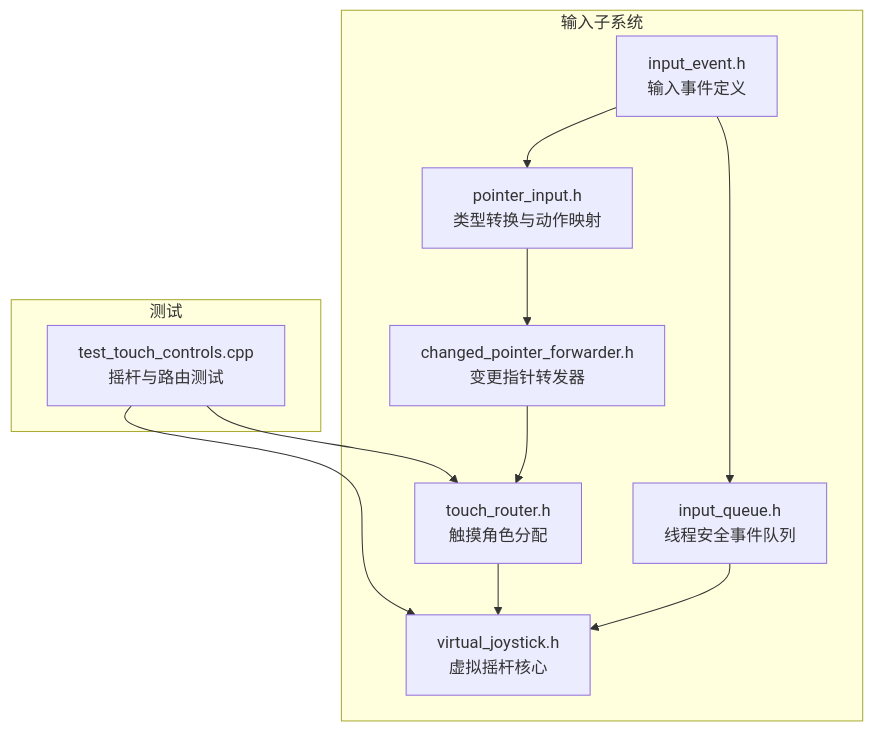
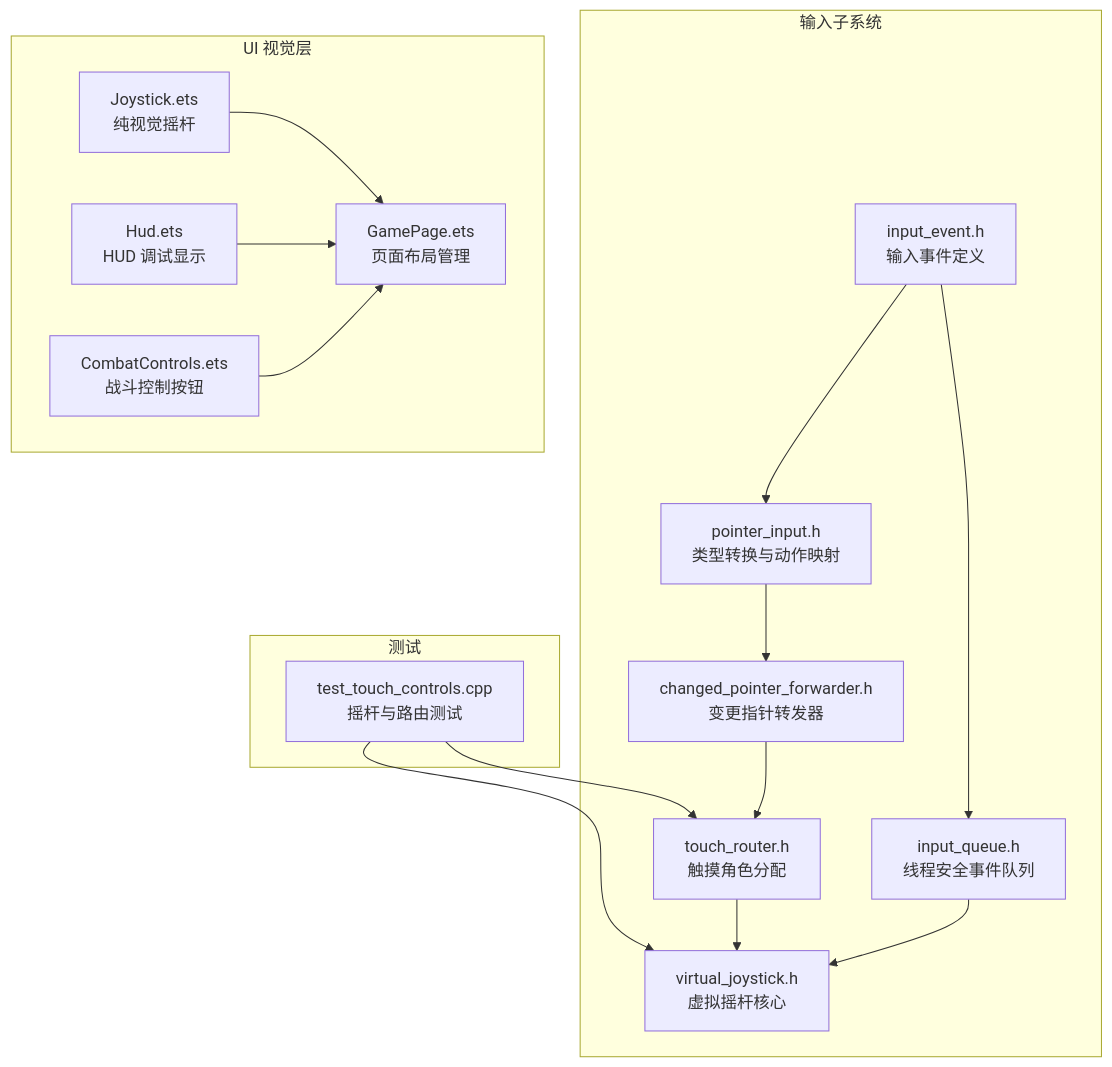
The first of 6 diagrams in .qoder/repowiki/zh/content/输入处理系统/虚拟摇杆控制.md (sj123sheng/my-world), drawn with Mermaid before and after one commit. The commit also changed other lines of this file and 160 other files, not shown here.

````diff
--- a/.qoder/repowiki/zh/content/输入处理系统/虚拟摇杆控制.md
+++ b/.qoder/repowiki/zh/content/输入处理系统/虚拟摇杆控制.md
@@ -32,22 +44,31 @@
 ```mermaid
 graph TB
 subgraph "输入子系统"
 IE["input_event.h<br/>输入事件定义"]
 PI["pointer_input.h<br/>类型转换与动作映射"]
 CPF["changed_pointer_forwarder.h<br/>变更指针转发器"]
 TR["touch_router.h<br/>触摸角色分配"]
 IQ["input_queue.h<br/>线程安全事件队列"]
 VJ["virtual_joystick.h<br/>虚拟摇杆核心"]
 end
+subgraph "UI 视觉层"
+JS["Joystick.ets<br/>纯视觉摇杆"]
+HD["Hud.ets<br/>HUD 调试显示"]
+CC["CombatControls.ets<br/>战斗控制按钮"]
+GP["GamePage.ets<br/>页面布局管理"]
+end
 subgraph "测试"
 TTC["test_touch_controls.cpp<br/>摇杆与路由测试"]
 end
 IE --> PI
 PI --> CPF
 CPF --> TR
 TR --> VJ
 IE --> IQ
 IQ --> VJ
+JS --> GP
+HD --> GP
+CC --> GP
 TTC --> VJ
 TTC --> TR
 ```
````
